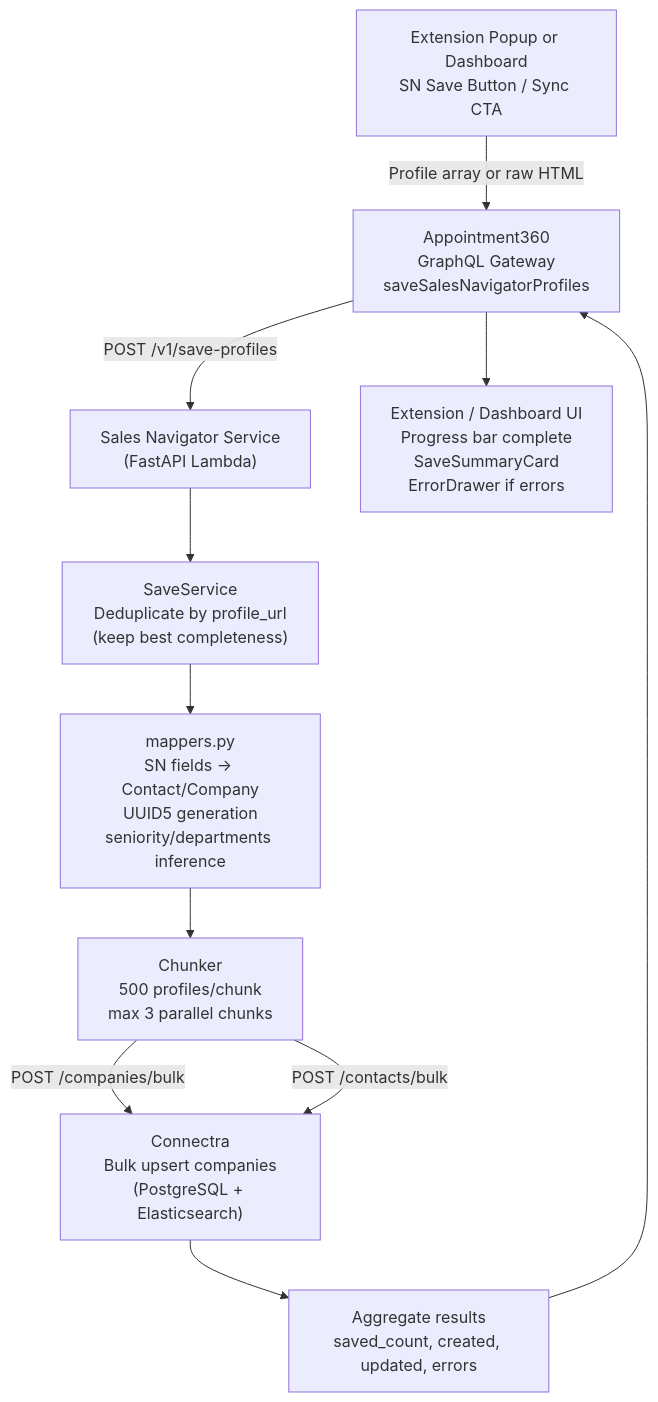
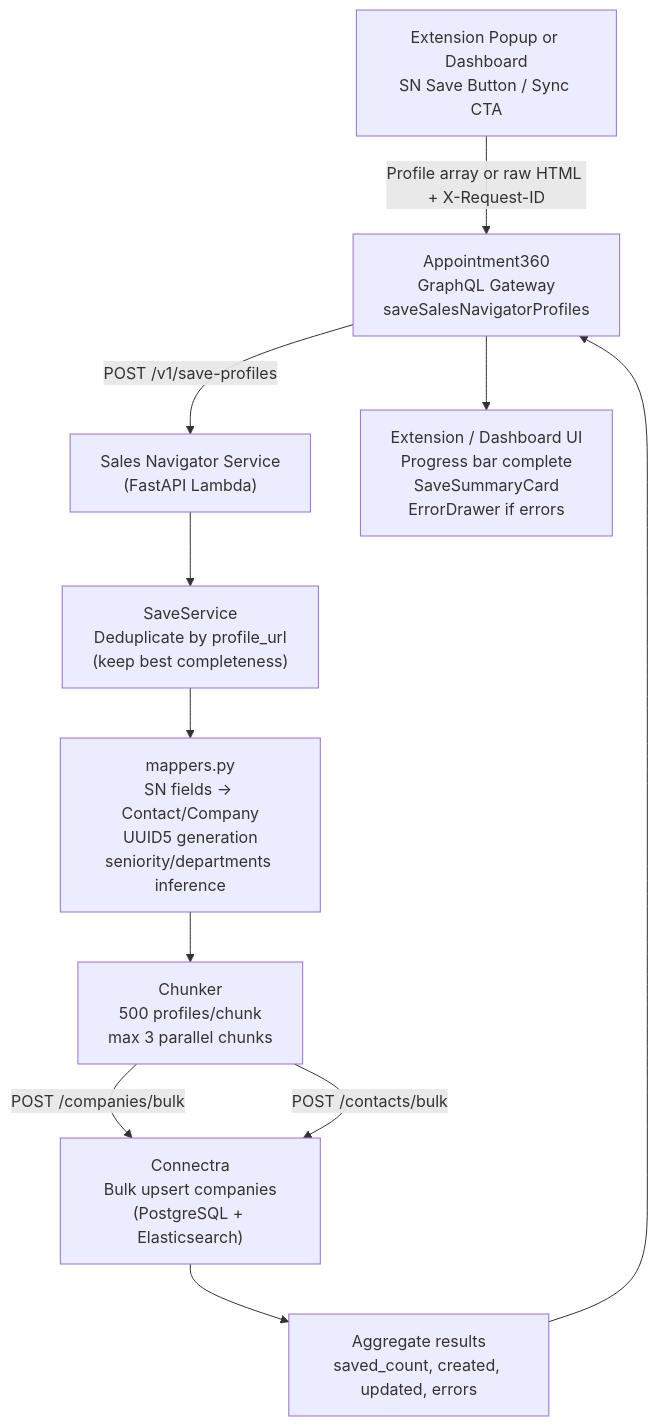
Diagram 42 of 59 in docs/flowchart.md (thekoushikdurgas/docsai), drawn with Mermaid before and after one commit. The commit also changed other lines of this file and 4763 other files, not shown here.

````diff
--- a/docs/flowchart.md
+++ b/docs/flowchart.md
@@ -887,14 +893,14 @@
 ```mermaid
 flowchart TD
     ExtOrDash["Extension Popup or Dashboard\nSN Save Button / Sync CTA"]
-    ExtOrDash -->|"Profile array or raw HTML"| GQL["Appointment360\nGraphQL Gateway\nsaveSalesNavigatorProfiles"]
+    ExtOrDash -->|"Profile array or raw HTML + X-Request-ID"| GQL["Appointment360\nGraphQL Gateway\nsaveSalesNavigatorProfiles"]
     GQL -->|"POST /v1/save-profiles"| SNSVC["Sales Navigator Service\n(FastAPI Lambda)"]
     SNSVC --> Dedup["SaveService\nDeduplicate by profile_url\n(keep best completeness)"]
     Dedup --> Map["mappers.py\nSN fields → Contact/Company\nUUID5 generation\nseniority/departments inference"]
     Map --> Chunk["Chunker\n500 profiles/chunk\nmax 3 parallel chunks"]
     Chunk -->|"POST /companies/bulk"| Connectra["Connectra\nBulk upsert companies\n(PostgreSQL + Elasticsearch)"]
     Chunk -->|"POST /contacts/bulk"| Connectra
     Connectra --> Result["Aggregate results\nsaved_count, created, updated, errors"]
     Result --> GQL
     GQL --> UI["Extension / Dashboard UI\nProgress bar complete\nSaveSummaryCard\nErrorDrawer if errors"]
 ```
````
